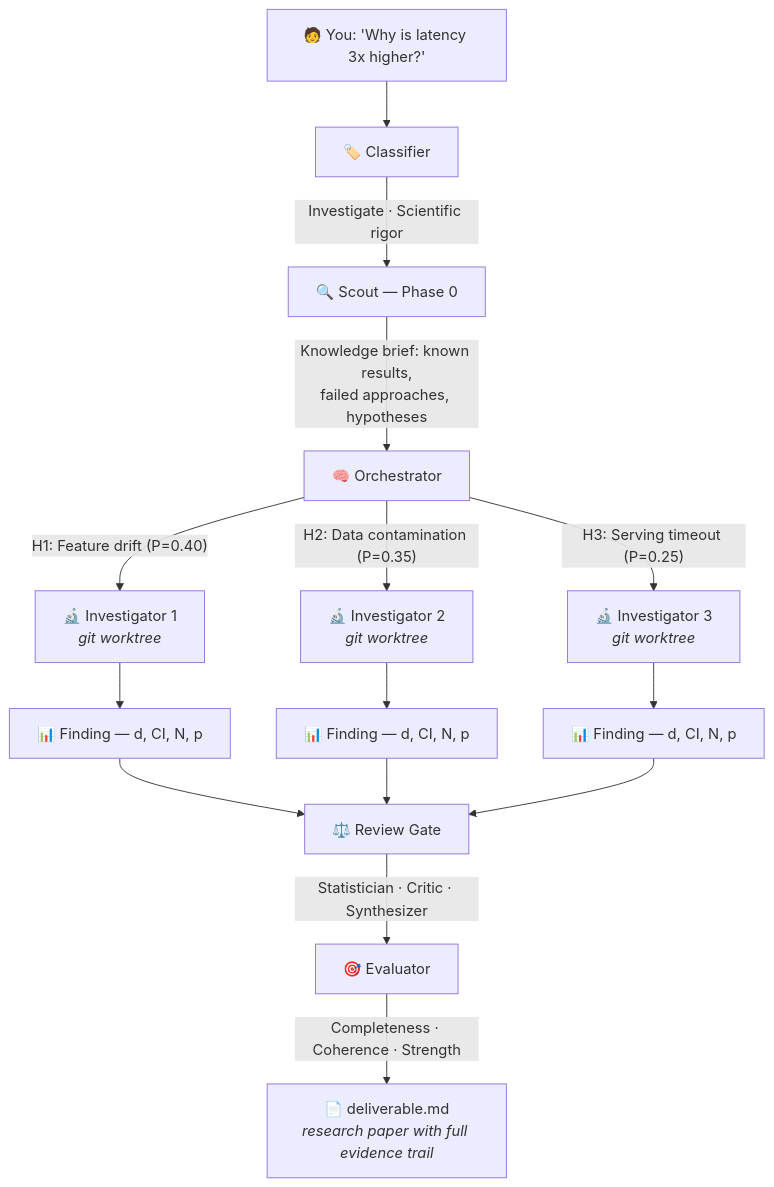
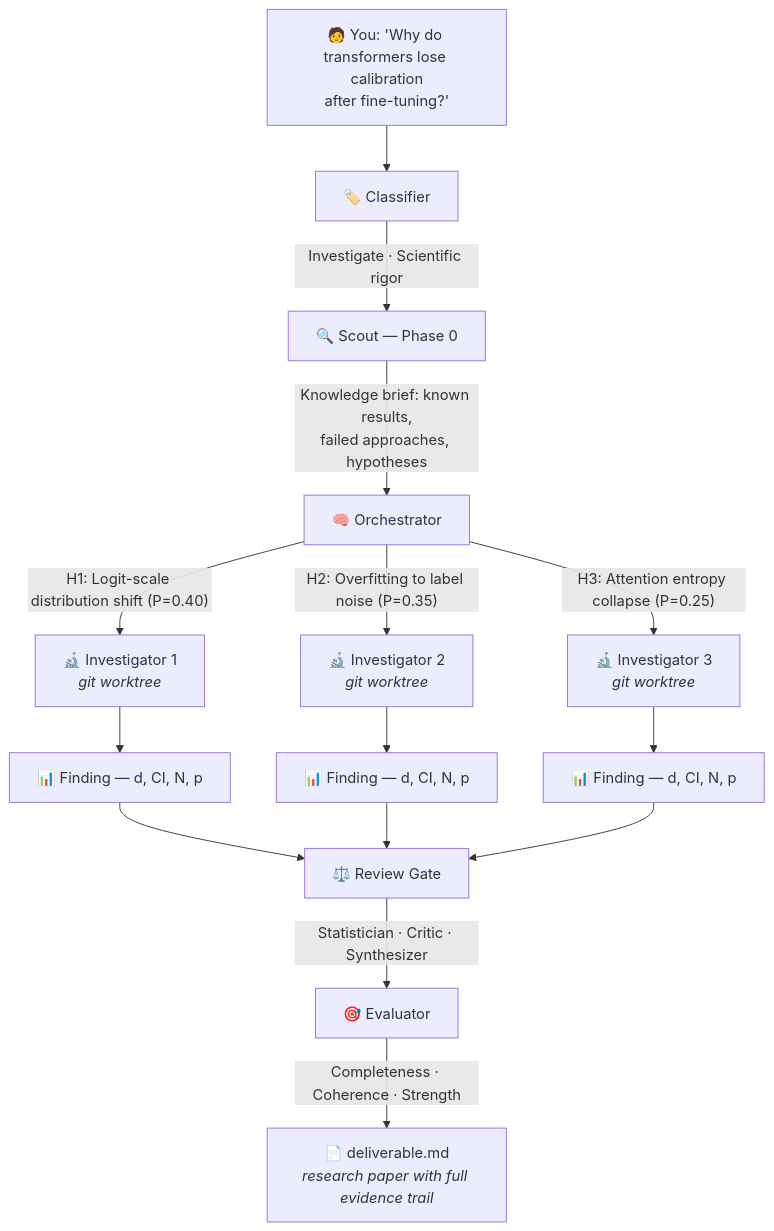
The first of 5 diagrams in README.md (Vahidrostami/voronoi), drawn with Mermaid before and after one commit. The commit also changed other lines of this file, not shown here.

First line of the commit message:
docs: make README examples more scientific, add dependency graph info

````diff
--- a/README.md
+++ b/README.md
@@ -149,21 +149,21 @@
 ```mermaid
 graph TD
-    Q["🧑 You: 'Why is latency 3x higher?'"] --> C["🏷️ Classifier"]
+    Q["🧑 You: 'Why do transformers lose calibration<br/>after fine-tuning?'"] --> C["🏷️ Classifier"]
     C -->|"Investigate · Scientific rigor"| S["🔍 Scout — Phase 0"]
     S -->|"Knowledge brief: known results,<br/>failed approaches, hypotheses"| O["🧠 Orchestrator"]
 
-    O -->|"H1: Feature drift (P=0.40)"| I1["🔬 Investigator 1<br/><i>git worktree</i>"]
-    O -->|"H2: Data contamination (P=0.35)"| I2["🔬 Investigator 2<br/><i>git worktree</i>"]
-    O -->|"H3: Serving timeout (P=0.25)"| I3["🔬 Investigator 3<br/><i>git worktree</i>"]
+    O -->|"H1: Logit-scale distribution shift (P=0.40)"| I1["🔬 Investigator 1<br/><i>git worktree</i>"]
+    O -->|"H2: Overfitting to label noise (P=0.35)"| I2["🔬 Investigator 2<br/><i>git worktree</i>"]
+    O -->|"H3: Attention entropy collapse (P=0.25)"| I3["🔬 Investigator 3<br/><i>git worktree</i>"]
 
     I1 --> F1["📊 Finding — d, CI, N, p"]
     I2 --> F2["📊 Finding — d, CI, N, p"]
     I3 --> F3["📊 Finding — d, CI, N, p"]
 
     F1 --> R["⚖️ Review Gate"]
     F2 --> R
     F3 --> R
 
     R -->|"Statistician · Critic · Synthesizer"| E["🎯 Evaluator"]
     E -->|"Completeness · Coherence · Strength"| D["📄 deliverable.md<br/><i>research paper with full evidence trail</i>"]
 ```
````
